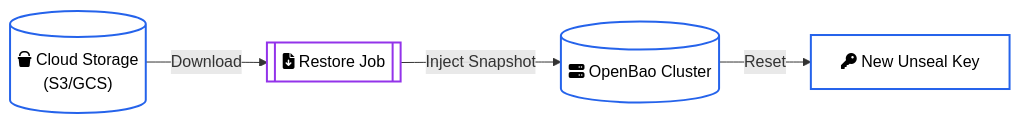
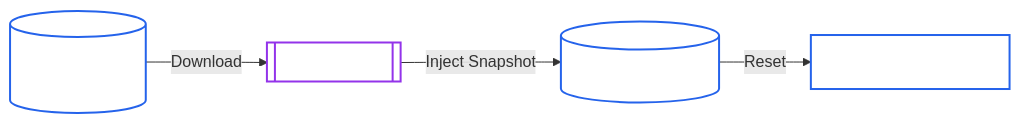
The diagram in docs/user-guide/openbaorestore/overview.md (dc-tec/openbao-operator), drawn with Mermaid before and after one commit. The commit also changed other lines of this file and 47 other files, not shown here.

Commit message:
feat(backup;restore): azure blob storage and GCS support as backup provider (#71)

````diff
--- a/docs/user-guide/openbaorestore/overview.md
+++ b/docs/user-guide/openbaorestore/overview.md
@@ -11,12 +11,12 @@
 ```mermaid
 graph LR
-    Bucket[("fa:fa-bucket Cloud Storage\n(S3/GCS)")] -->|Download| Job[["fa:fa-file-arrow-down Restore Job"]]
+    Bucket[("fa:fa-bucket Cloud Storage\n(S3/GCS/Azure)")] -->|Download| Job[["fa:fa-file-arrow-down Restore Job"]]
     Job -->|Inject Snapshot| Cluster[("fa:fa-server OpenBao Cluster")]
     Cluster -->|Reset| Key["fa:fa-key New Unseal Key"]
     
-    classDef storage fill:transparent,stroke:#2563eb,stroke-width:2px,color:#000;
-    classDef process fill:transparent,stroke:#9333ea,stroke-width:2px,color:#000;
+    classDef storage fill:transparent,stroke:#2563eb,stroke-width:2px,color:#fff;
+    classDef process fill:transparent,stroke:#9333ea,stroke-width:2px,color:#fff;
     
     class Bucket,Cluster,Key storage;
     class Job process;
 ```
````
